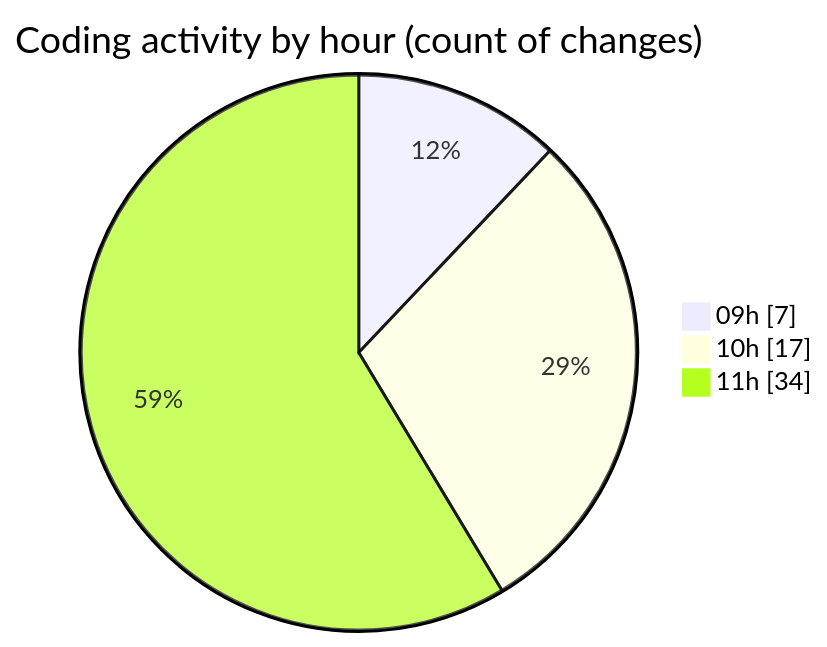
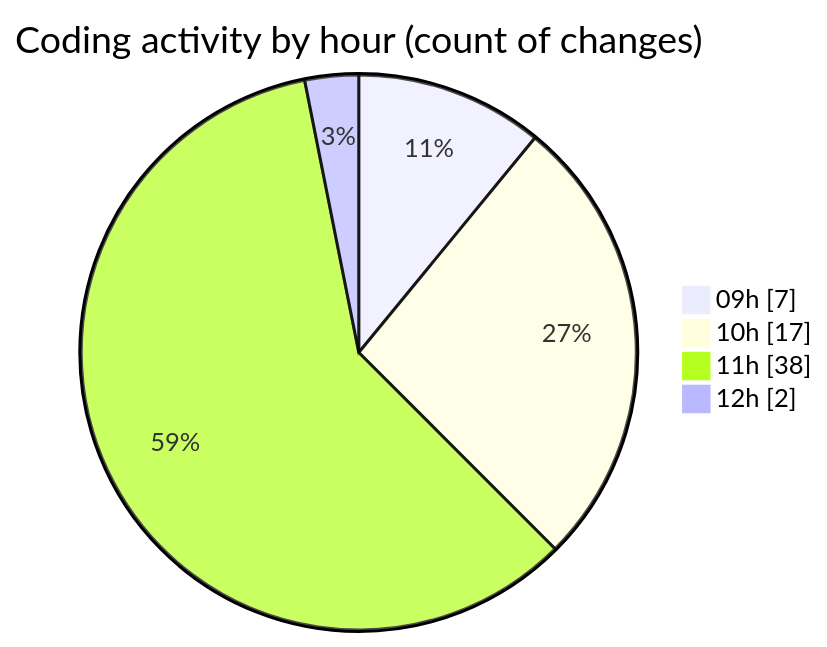
One commit to momahboobian/code-tracking changed the second of 2 diagrams in 2026-07-22/cda/README.md. Above: the diagram before and after it, drawn with Mermaid. The commit also changed other lines of this file and 1 other file, not shown here.

````diff
--- a/2026-07-22/cda/README.md
+++ b/2026-07-22/cda/README.md
@@ -40,7 +43,8 @@
 ```mermaid
 pie showData
 title Coding activity by hour (count of changes)
 "09h" : 7
 "10h" : 17
-"11h" : 34
+"11h" : 38
+"12h" : 2
 ```
````
